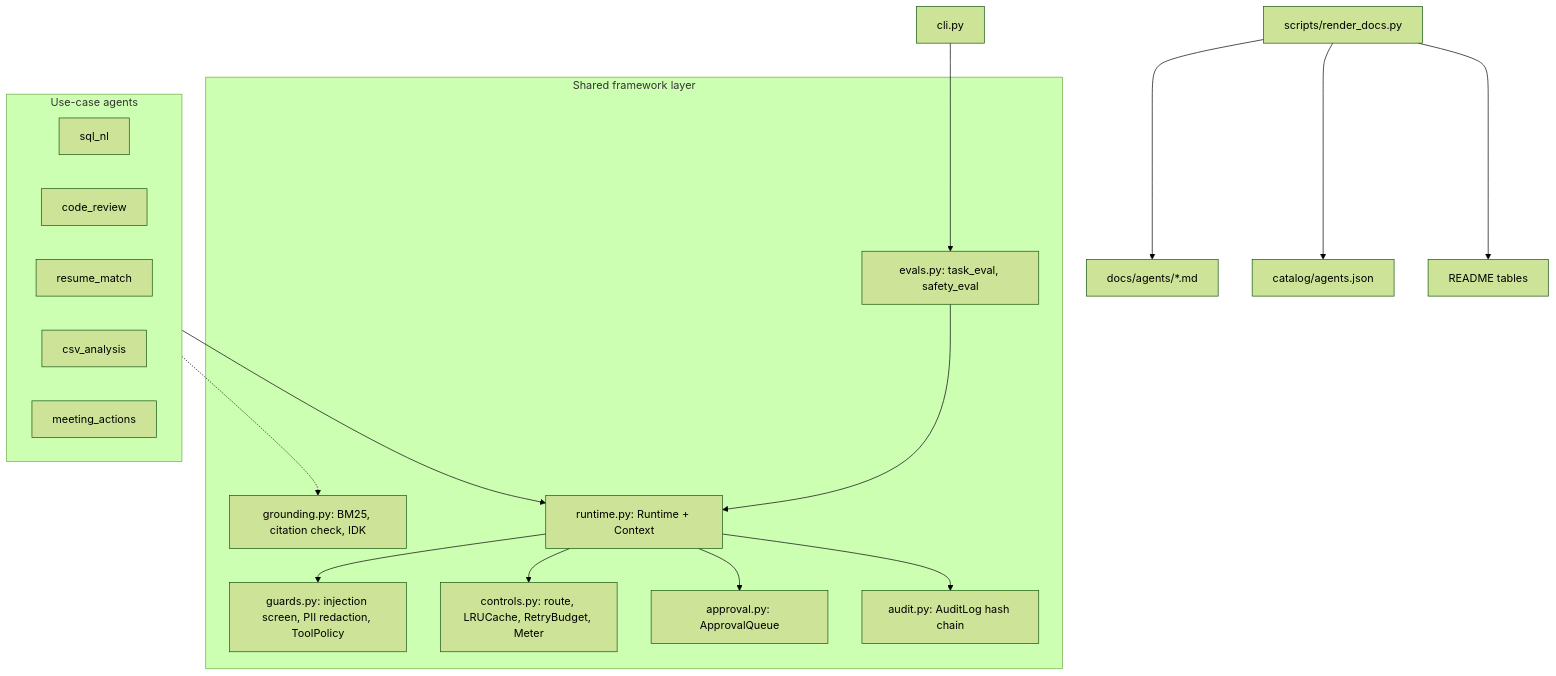
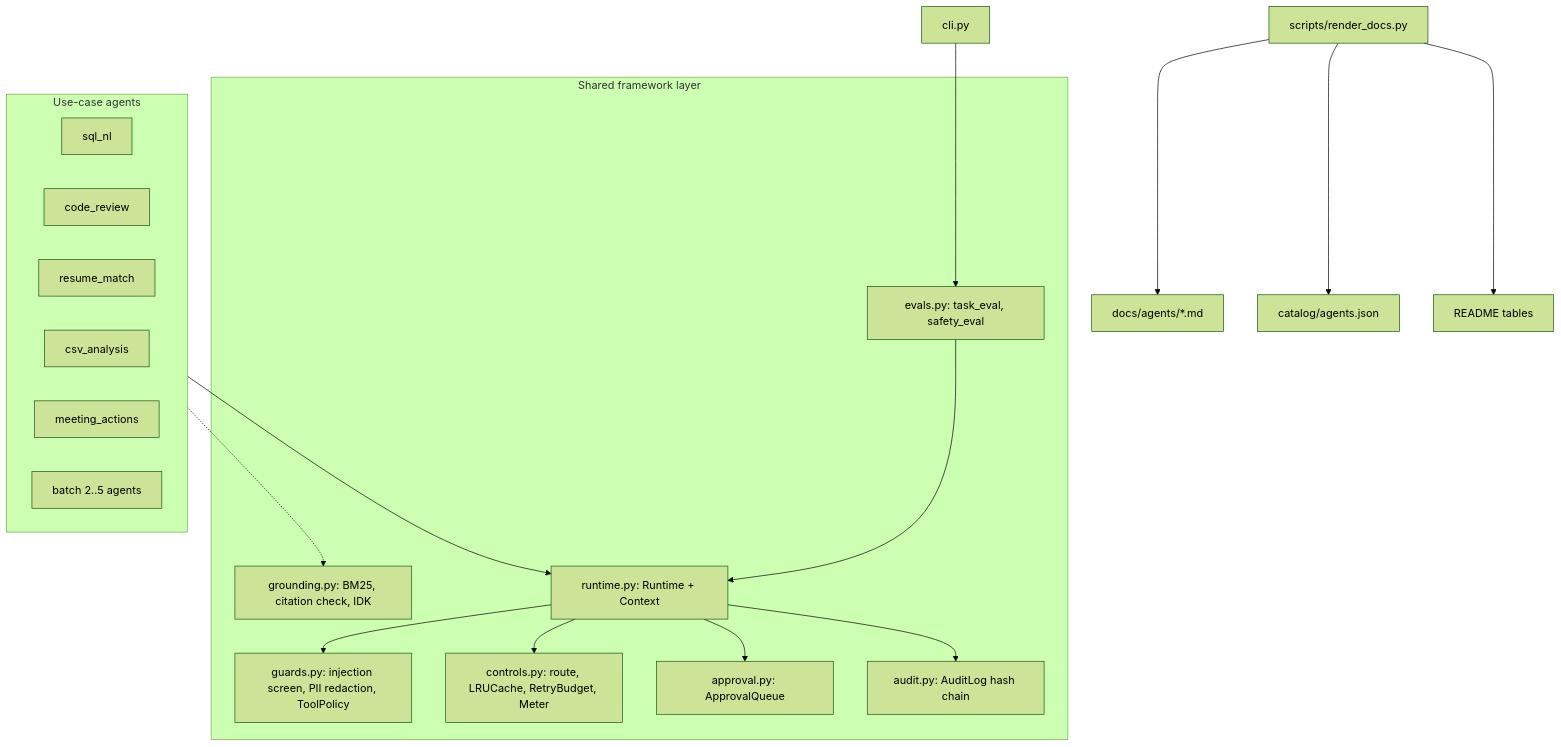
Before and after one commit to jagadishmazure-jpg/Jagadish-enterprise-agent-usecases: the diagram in docs/architecture.md, drawn with Mermaid (forest theme). The commit also changed 21 other files, not shown here.

````diff
--- a/docs/architecture.md
+++ b/docs/architecture.md
@@ -3,21 +3,21 @@
 ```mermaid
 flowchart TB
     subgraph framework [Shared framework layer]
       guards[guards.py: injection screen, PII redaction, ToolPolicy]
       controls[controls.py: route, LRUCache, RetryBudget, Meter]
       grounding[grounding.py: BM25, citation check, IDK]
       approval[approval.py: ApprovalQueue]
       audit[audit.py: AuditLog hash chain]
       runtime[runtime.py: Runtime + Context]
       evals[evals.py: task_eval, safety_eval]
     end
     subgraph agents [Use-case agents]
-      a1[sql_nl] & a2[code_review] & a3[resume_match] & a4[csv_analysis] & a5[meeting_actions]
+      a1[sql_nl] & a2[code_review] & a3[resume_match] & a4[csv_analysis] & a5[meeting_actions] & b2[batch 2..5 agents]
     end
     agents --> runtime
     runtime --> guards & controls & approval & audit
     agents -.-> grounding
     evals --> runtime
     cli[cli.py] --> evals
     render[scripts/render_docs.py] --> pages[docs/agents/*.md] & cat[catalog/agents.json] & readme[README tables]
 ```
````
